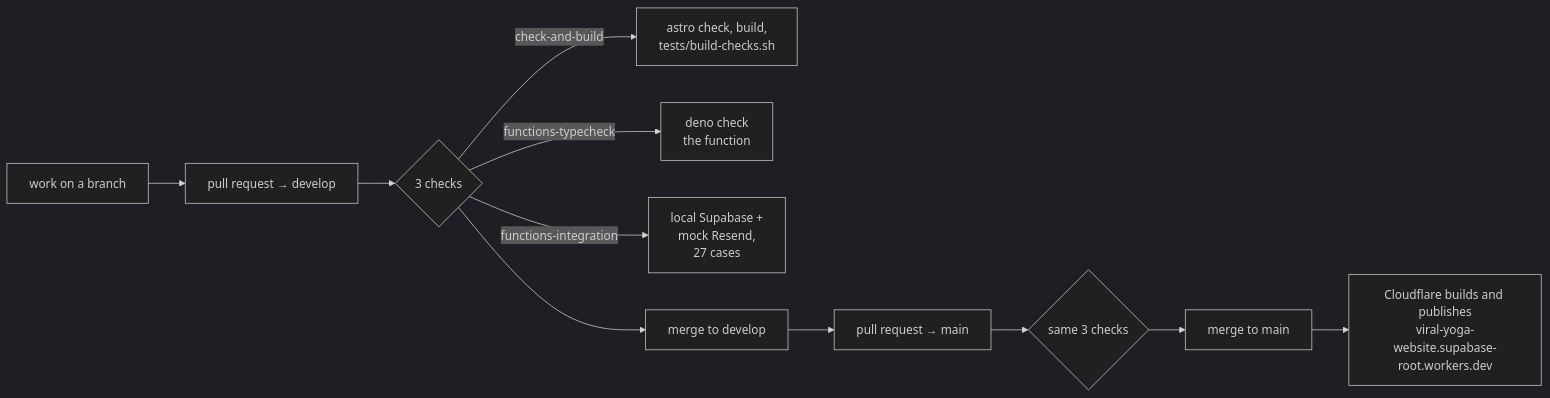
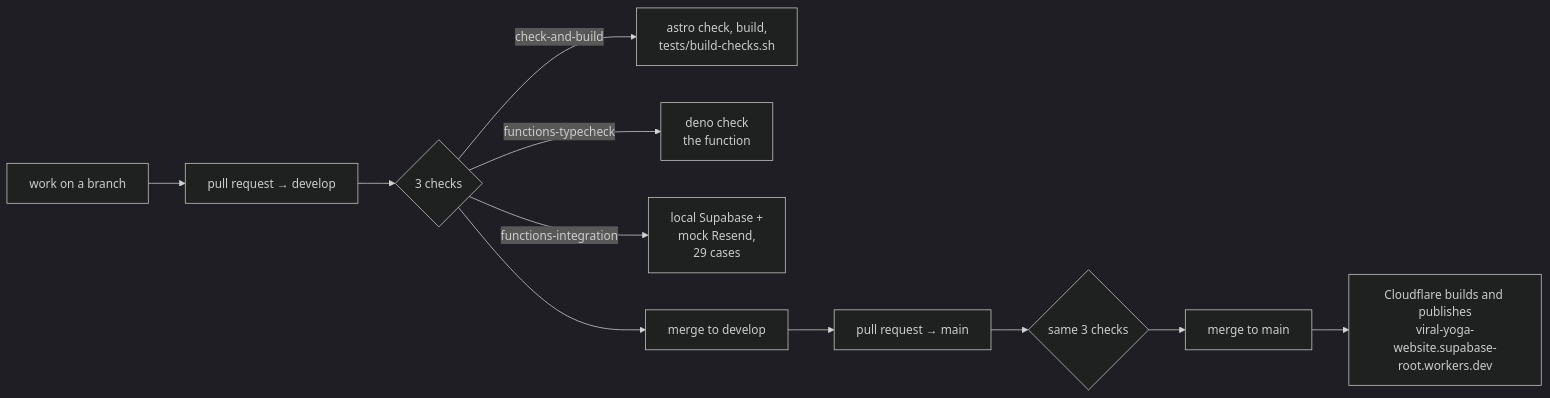
The fifth of 5 diagrams in docs/ARCHITECTURE.md (datewithcode/viral-yoga-website), drawn with Mermaid (dark theme) before and after one commit. The commit also changed other lines of this file and 4 other files, not shown here.

````diff
--- a/docs/ARCHITECTURE.md
+++ b/docs/ARCHITECTURE.md
@@ -141,13 +141,13 @@
 ```mermaid
 flowchart LR
   W[work on a branch] --> PR1[pull request → develop]
   PR1 --> CI{3 checks}
   CI -->|check-and-build| A["astro check, build,<br/>tests/build-checks.sh"]
   CI -->|functions-typecheck| B["deno check<br/>the function"]
-  CI -->|functions-integration| C["local Supabase +<br/>mock Resend,<br/>27 cases"]
+  CI -->|functions-integration| C["local Supabase +<br/>mock Resend,<br/>29 cases"]
   CI --> M1[merge to develop]
   M1 --> PR2[pull request → main]
   PR2 --> CI2{same 3 checks}
   CI2 --> M2[merge to main]
   M2 --> CF["Cloudflare builds and publishes<br/>viral-yoga-website.supabase-root.workers.dev"]
 ```
````
